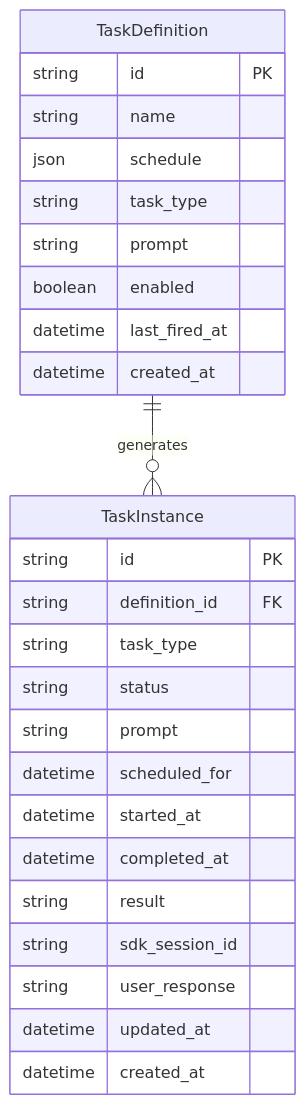
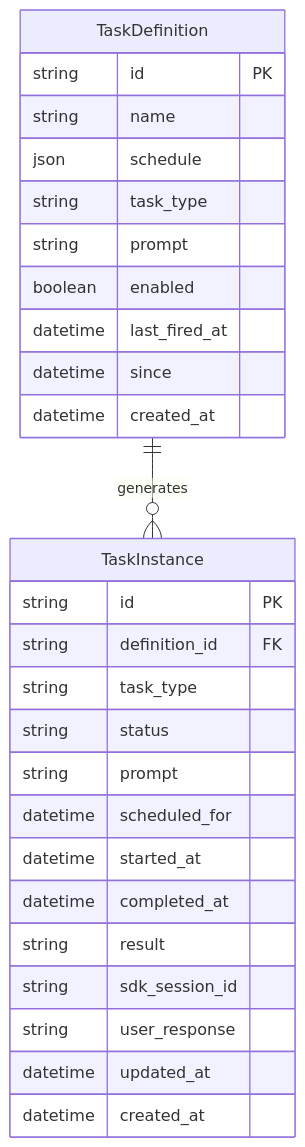
Before and after one commit to asermax/tachikoma: the second of 3 diagrams in docs/feature-designs/tasks/task-management.md, drawn with Mermaid. The commit also changed other lines of this file and 2 other files, not shown here.

````diff
--- a/docs/feature-designs/tasks/task-management.md
+++ b/docs/feature-designs/tasks/task-management.md
@@ -124,29 +125,30 @@
 ```mermaid
 erDiagram
     TaskDefinition ||--o{ TaskInstance : "generates"
     TaskDefinition {
         string id PK
         string name
         json schedule
         string task_type
         string prompt
         boolean enabled
         datetime last_fired_at
+        datetime since
         datetime created_at
     }
     TaskInstance {
         string id PK
         string definition_id FK
         string task_type
         string status
         string prompt
         datetime scheduled_for
         datetime started_at
         datetime completed_at
         string result
         string sdk_session_id
         string user_response
         datetime updated_at
         datetime created_at
     }
 ```
````
